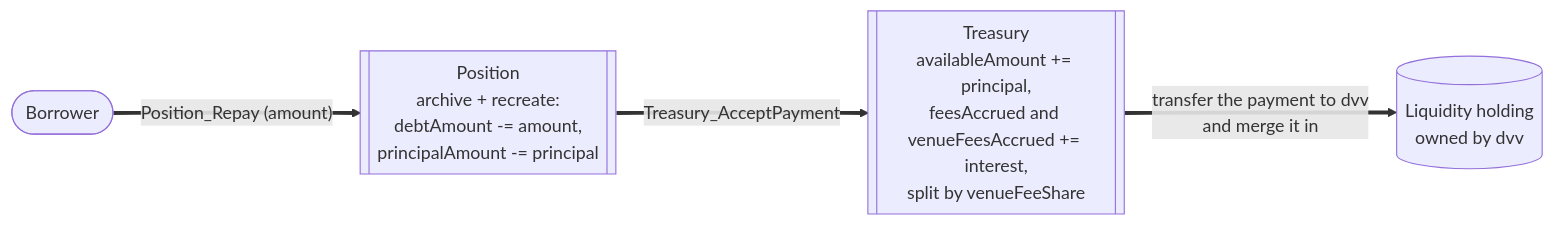
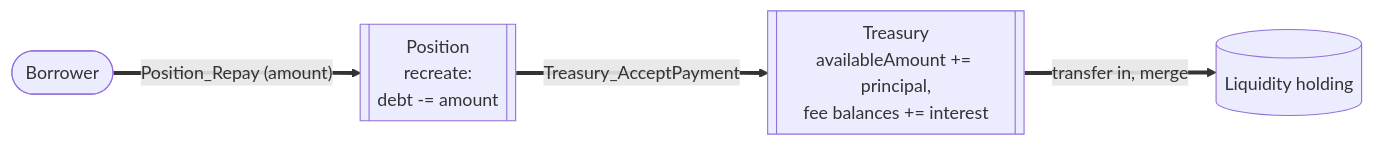
The fourth of 7 diagrams in docs/reference-architectures/lending.md (OpenZeppelin/canton-specs), drawn with Mermaid before and after one commit. The commit also changed other lines of this file, not shown here.

Commit message:
Removed the experimental packages. Clarified the diagrams. Corrected public oracle names dvv as observer.

````diff
--- a/docs/reference-architectures/lending.md
+++ b/docs/reference-architectures/lending.md
@@ -312,11 +309,11 @@
 ```mermaid
 flowchart LR
     Borrower([Borrower])
-    Position[["Position<br/>archive + recreate:<br/>debtAmount -= amount,<br/>principalAmount -= principal"]]
-    Treasury[["Treasury<br/>availableAmount += principal,<br/>feesAccrued and venueFeesAccrued += interest,<br/>split by venueFeeShare"]]
-    Liquidity[("Liquidity holding<br/>owned by dvv")]
+    Position[["Position<br/>recreate:<br/>debt -= amount"]]
+    Treasury[["Treasury<br/>availableAmount += principal,<br/>fee balances += interest"]]
+    Liquidity[("Liquidity holding")]
 
     Borrower ==>|"Position_Repay (amount)"| Position
     Position ==>|"Treasury_AcceptPayment"| Treasury
-    Treasury ==>|"transfer the payment to dvv<br/>and merge it in"| Liquidity
+    Treasury ==>|"transfer in, merge"| Liquidity
 ```
````
